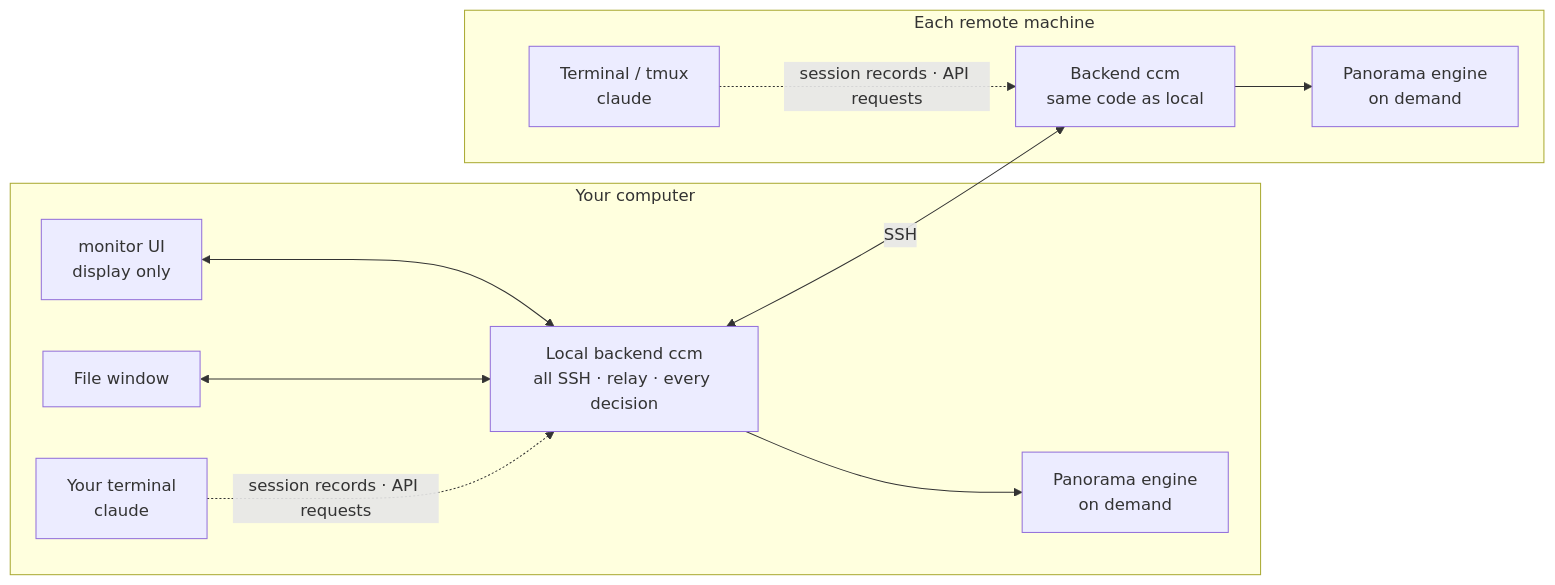
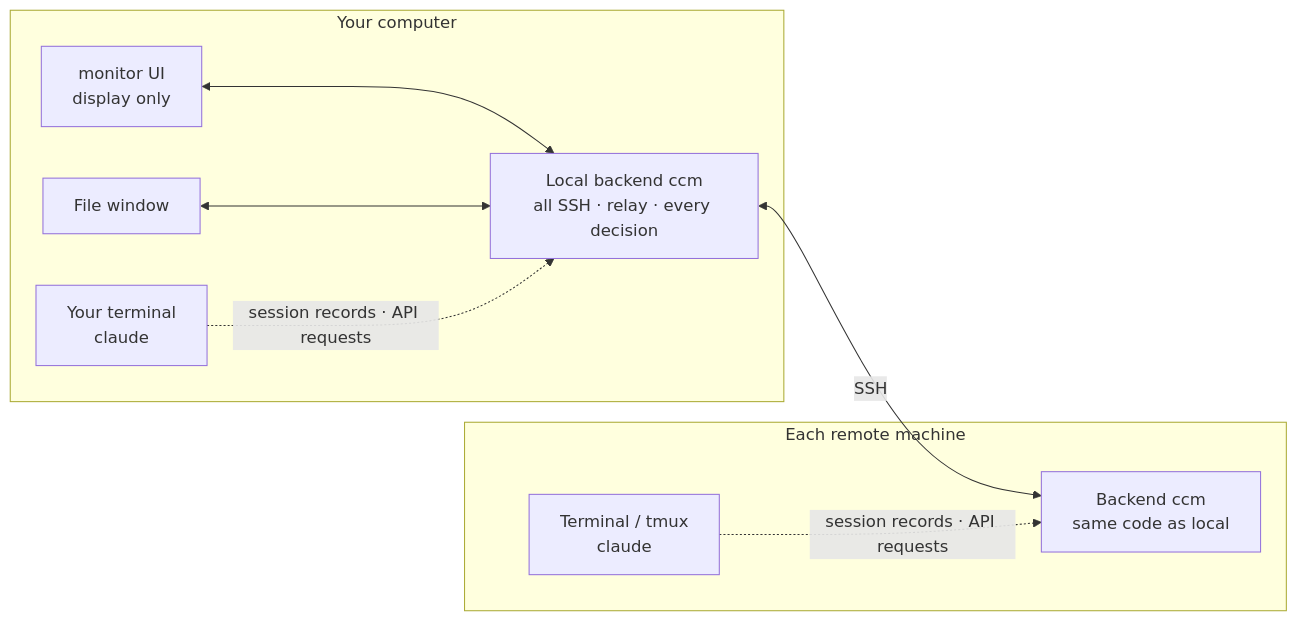
The diagram in README.en.md (bo0Zeng/cc-monitor), drawn with Mermaid before and after one commit. The commit also changed other lines of this file and 16 other files, not shown here.

First line of the commit message:
文档与 README 摘掉代码全景：功能那一节、架构图里的全景小程序、快捷键 G、截图与截图脚本里那一张

````diff
--- a/README.en.md
+++ b/README.en.md
@@ -82,22 +75,18 @@
 ```mermaid
 flowchart LR
   subgraph local["Your computer"]
     UI["monitor UI<br/>display only"]
     FW["File window"]
     LB["Local backend ccm<br/>all SSH · relay · every decision"]
-    PL["Panorama engine<br/>on demand"]
     T1["Your terminal<br/>claude"]
   end
   subgraph remote["Each remote machine"]
     RB["Backend ccm<br/>same code as local"]
-    PR["Panorama engine<br/>on demand"]
     T2["Terminal / tmux<br/>claude"]
   end
   UI <--> LB
   FW <--> LB
   LB <-- SSH --> RB
-  LB --> PL
-  RB --> PR
   T1 -. session records · API requests .-> LB
   T2 -. session records · API requests .-> RB
 ```
````
